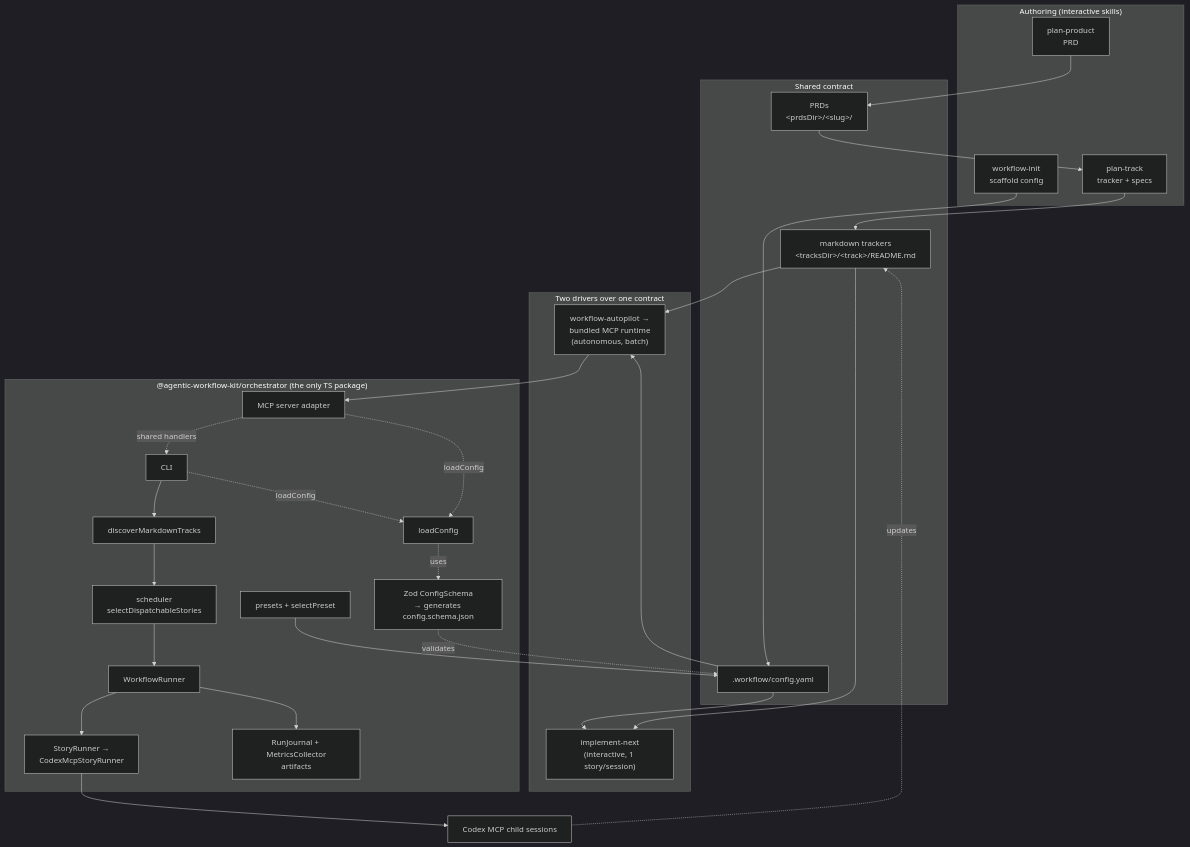
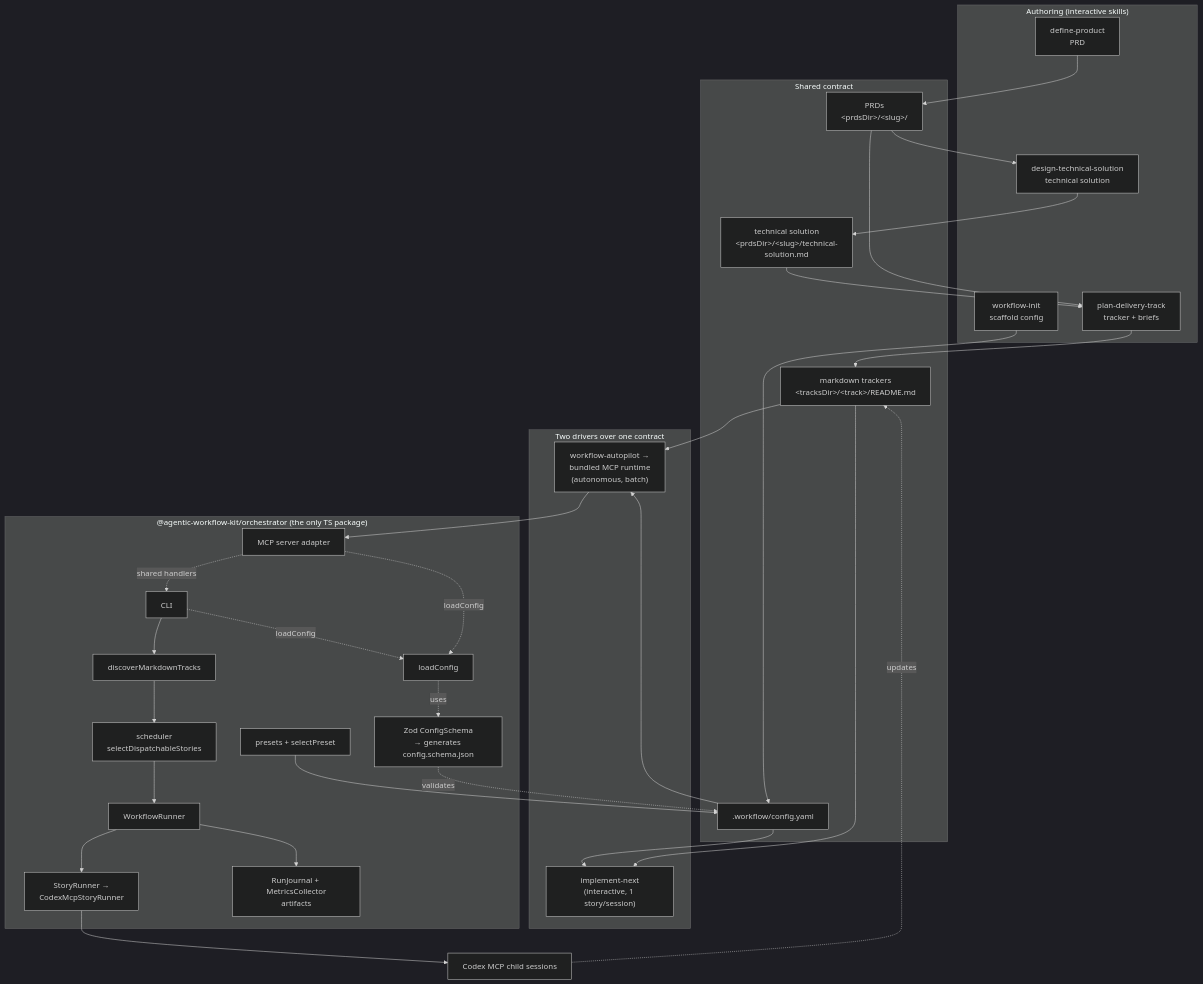
The first of 4 diagrams in docs/architecture.md (aryeko/agentic-workflow-kit), drawn with Mermaid (dark theme) before and after one commit. The commit also changed other lines of this file and 86 other files, not shown here.

````diff
--- a/docs/architecture.md
+++ b/docs/architecture.md
@@ -32,53 +35,57 @@
 ```mermaid
 flowchart TB
   subgraph Authors["Authoring (interactive skills)"]
-    PP["plan-product<br/>PRD"]
-    PT["plan-track<br/>tracker + specs"]
+    PP["define-product<br/>PRD"]
+    PA["design-technical-solution<br/>technical solution"]
+    PT["plan-delivery-track<br/>tracker + briefs"]
     WI["workflow-init<br/>scaffold config"]
   end
 
   subgraph Contract["Shared contract"]
     CFG[".workflow/config.yaml"]
     TRK["markdown trackers<br/>&lt;tracksDir&gt;/&lt;track&gt;/README.md"]
     PRD["PRDs<br/>&lt;prdsDir&gt;/&lt;slug&gt;/"]
+    ARCH["technical solution<br/>&lt;prdsDir&gt;/&lt;slug&gt;/technical-solution.md"]
   end
 
   subgraph Drivers["Two drivers over one contract"]
     IN["implement-next<br/>(interactive, 1 story/session)"]
     AP["workflow-autopilot →<br/>bundled MCP runtime<br/>(autonomous, batch)"]
   end
 
   subgraph Orch["@agentic-workflow-kit/orchestrator (the only TS package)"]
     CLI["CLI"]
     MCP["MCP server adapter"]
     LOADER["loadConfig"]
     SCHEMA["Zod ConfigSchema<br/>→ generates config.schema.json"]
     PRESET["presets + selectPreset"]
     DISC["discoverMarkdownTracks"]
     SCHED["scheduler<br/>selectDispatchableStories"]
     RUN["WorkflowRunner"]
     DRV["StoryRunner →<br/>CodexMcpStoryRunner"]
     ART["RunJournal + MetricsCollector<br/>artifacts"]
   end
 
   CODEX["Codex MCP child sessions"]
 
-  PP --> PRD --> PT --> TRK
+  PP --> PRD
+  PRD --> PA --> ARCH --> PT --> TRK
+  PRD --> PT
   WI --> CFG
   PRESET --> CFG
   SCHEMA -. validates .-> CFG
 
   CFG --> IN
   TRK --> IN
   CFG --> AP
   TRK --> AP
 
   AP --> MCP
   MCP -. shared handlers .-> CLI
   CLI -. loadConfig .-> LOADER
   MCP -. loadConfig .-> LOADER
   LOADER -. uses .-> SCHEMA
   CLI --> DISC --> SCHED --> RUN --> DRV --> CODEX
   RUN --> ART
   CODEX -. updates .-> TRK
 ```
````
